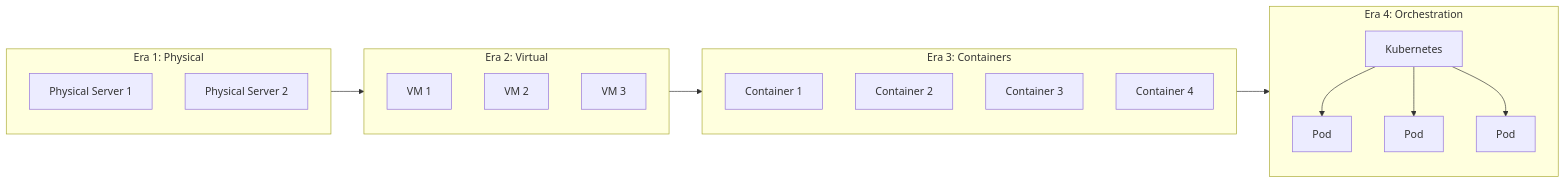
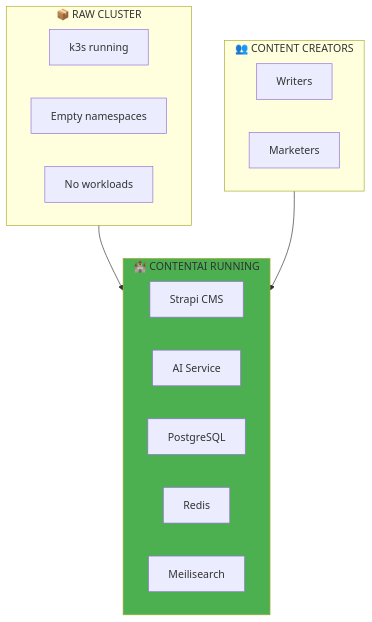
One commit to PearlThoughtsInternship/Internship-Obsidian-Vault changed the first of 11 diagrams in DevOps/02-Engineering/04-Container-Orchestration.md. Above: the diagram before and after it, drawn with Mermaid. The commit also changed other lines of this file and 1 other file, not shown here.

First line of the commit message:
docs: Container orchestration & GitOps with ContentAI product context

````diff
--- a/DevOps/02-Engineering/04-Container-Orchestration.md
+++ b/DevOps/02-Engineering/04-Container-Orchestration.md
@@ -11,29 +11,26 @@
 ```mermaid
-flowchart LR
-    subgraph Era1["Era 1: Physical"]
-        P1["Physical Server 1"]
-        P2["Physical Server 2"]
+flowchart TB
+    subgraph Before["📦 RAW CLUSTER"]
+        K1["k3s running"]
+        K2["Empty namespaces"]
+        K3["No workloads"]
     end
 
-    subgraph Era2["Era 2: Virtual"]
-        V1["VM 1"]
-        V2["VM 2"]
-        V3["VM 3"]
+    subgraph After["🏰 CONTENTAI RUNNING"]
+        S["Strapi CMS"]
+        AI["AI Service"]
+        PG["PostgreSQL"]
+        R["Redis"]
+        M["Meilisearch"]
     end
 
-    subgraph Era3["Era 3: Containers"]
-        C1["Container 1"]
-        C2["Container 2"]
-        C3["Container 3"]
-        C4["Container 4"]
+    subgraph Users["👥 CONTENT CREATORS"]
+        U1["Writers"]
+        U2["Marketers"]
     end
 
-    subgraph Era4["Era 4: Orchestration"]
-        K8S["Kubernetes"]
-        K8S --> Pod1["Pod"]
-        K8S --> Pod2["Pod"]
-        K8S --> Pod3["Pod"]
-    end
+    Before --> After
+    Users --> After
 
-    Era1 --> Era2 --> Era3 --> Era4
+    style After fill:#4CAF50
 ```
````
